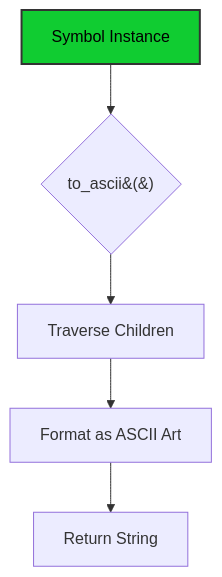
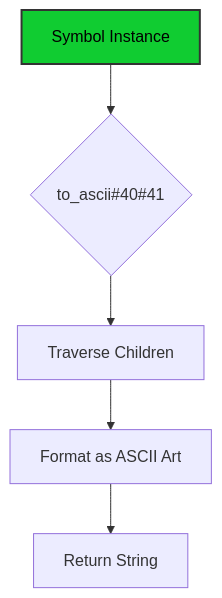
One commit to ikko/sym changed the seventh of 13 diagrams in docs/readme_details/8_api_highlights/index.md. Above: the diagram before and after it, drawn with Mermaid. The commit also changed other lines of this file and 38 other files, not shown here.

Commit message:
mermaids maybe fixed

````diff
--- a/docs/readme_details/8_api_highlights/index.md
+++ b/docs/readme_details/8_api_highlights/index.md
@@ -296,11 +296,11 @@
 ```mermaid
 graph TD
-    A[Symbol Instance] --> B{to_ascii&#40;&#41;};
+    A[Symbol Instance] --> B{to_ascii#40#41};
     B --> C[Traverse Children];
     C --> D[Format as ASCII Art];
     D --> E[Return String];
 
     style A fill:#10cc31,stroke:#333,stroke-width:2px,color:#000000;
 
     style A fill:#10cc31,stroke:#333,stroke-width:2px,color:#000000;
 ```
````
